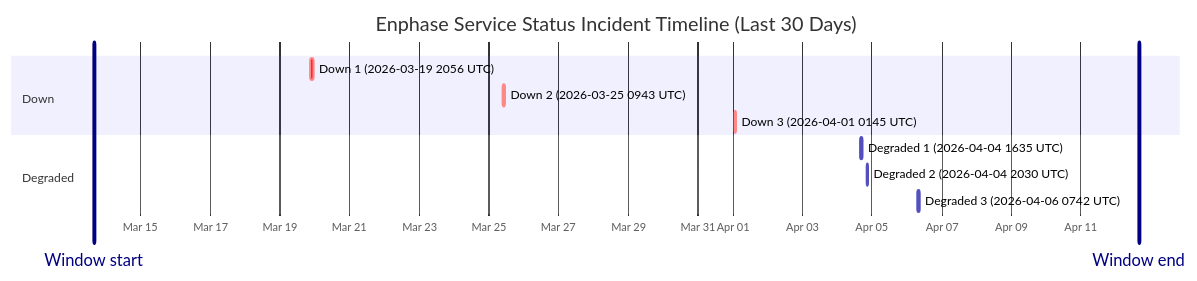
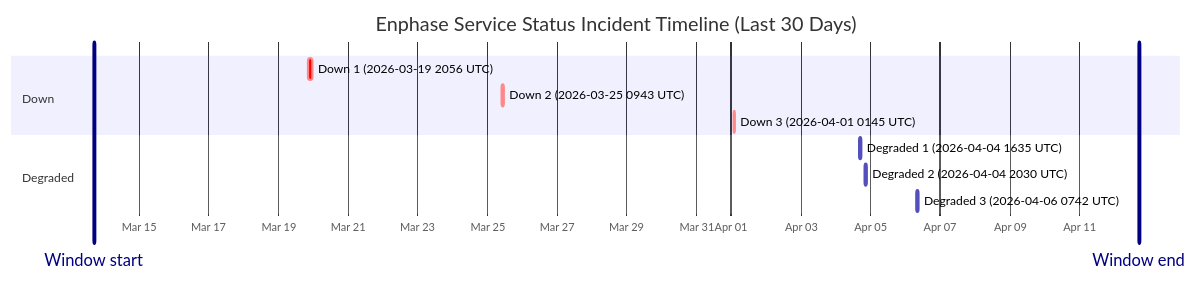
Before and after one commit to barneyonline/ha-enphase-ev-charger: the diagram in wiki/Service-Status-History.md, drawn with Mermaid. The commit also changed other lines of this file and 3 other files, not shown here.

````diff
--- a/wiki/Service-Status-History.md
+++ b/wiki/Service-Status-History.md
@@ -14,16 +14,16 @@
 ```mermaid
 gantt
     title Enphase Service Status Incident Timeline (Last 30 Days)
     dateFormat  YYYY-MM-DDTHH:mm:ss
     axisFormat  %b %d
-    Window start :vert, window-start, 2026-03-13T15:58:56, 0ms
-    Window end :vert, window-end, 2026-04-12T15:58:56, 0ms
+    Window start :vert, window-start, 2026-03-13T16:52:09, 0ms
+    Window end :vert, window-end, 2026-04-12T16:52:09, 0ms
     section Down
     Down 1 (2026-03-19 2056 UTC) :crit, down-1, 2026-03-19T20:56:20, 145m
     Down 2 (2026-03-25 0943 UTC) :crit, down-2, 2026-03-25T09:43:28, 111m
     Down 3 (2026-04-01 0145 UTC) :crit, down-3, 2026-04-01T01:45:09, 60m
     section Degraded
     Degraded 1 (2026-04-04 1635 UTC) :active, degraded-1, 2026-04-04T16:35:17, 60m
     Degraded 2 (2026-04-04 2030 UTC) :active, degraded-2, 2026-04-04T20:30:40, 60m
     Degraded 3 (2026-04-06 0742 UTC) :active, degraded-3, 2026-04-06T07:42:09, 85m
 ```
````
